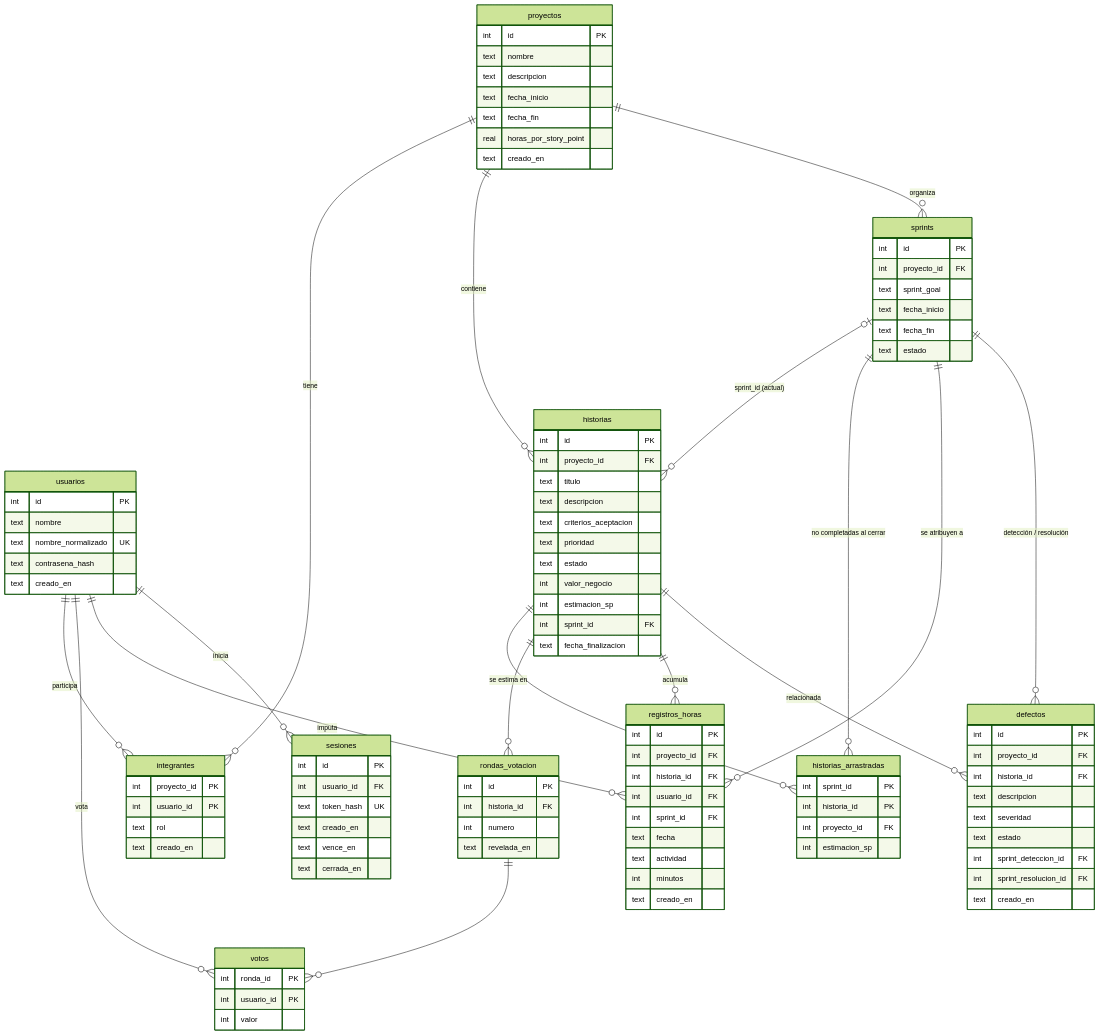
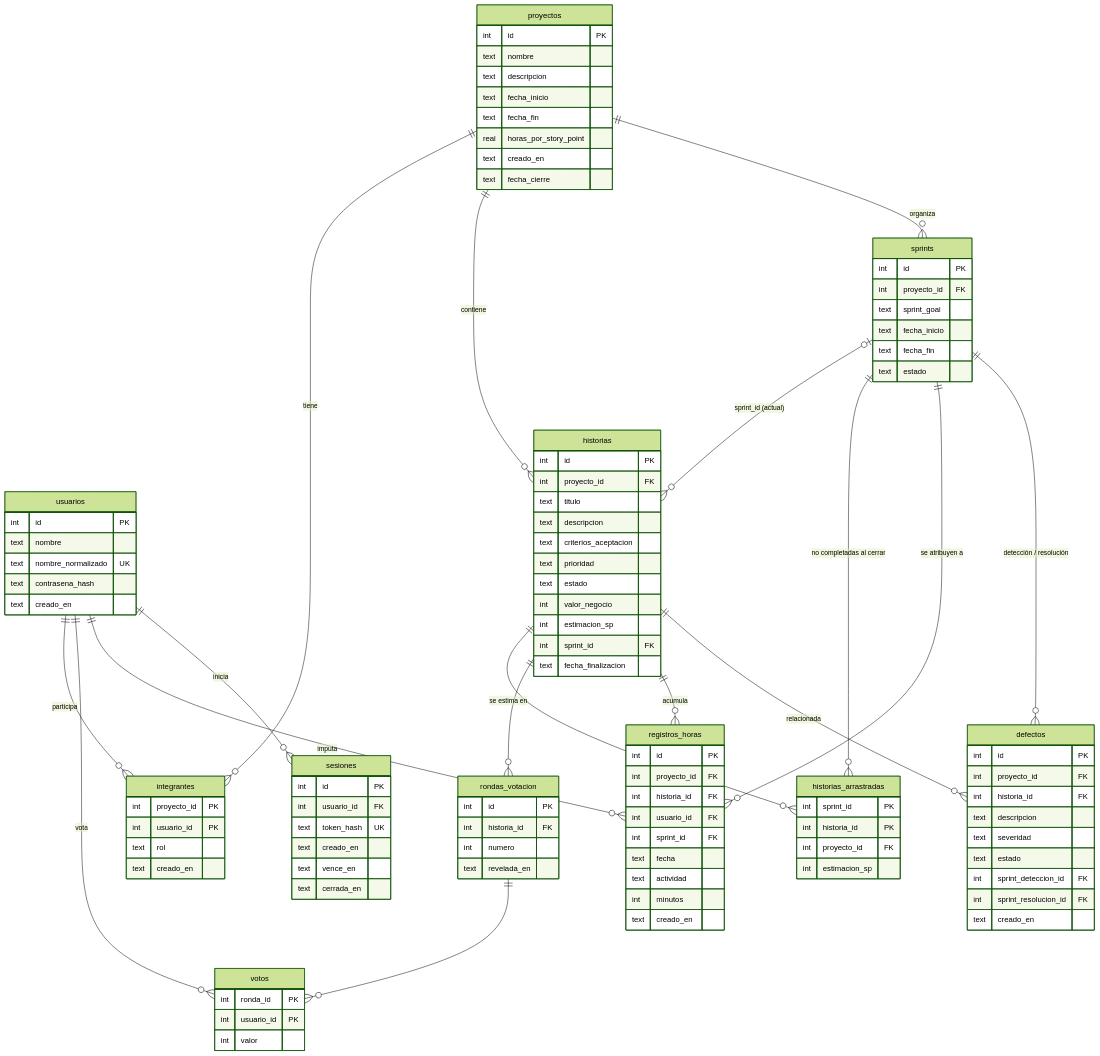
One commit to MoyaCarlos/seguimiento-medicion changed the diagram in MODELO-DE-DATOS.md. Above: the diagram before and after it, drawn with Mermaid (forest theme). The commit also changed other lines of this file, not shown here.

Commit message:
docs: proyectos.fecha_cierre en MODELO-DE-DATOS.md, cierra D16 (Refs #300)

```diff
--- a/MODELO-DE-DATOS.md
+++ b/MODELO-DE-DATOS.md
@@ -80,6 +80,7 @@
         text fecha_fin
         real horas_por_story_point
         text creado_en
+        text fecha_cierre
     }
     usuarios {
         int id PK
```
